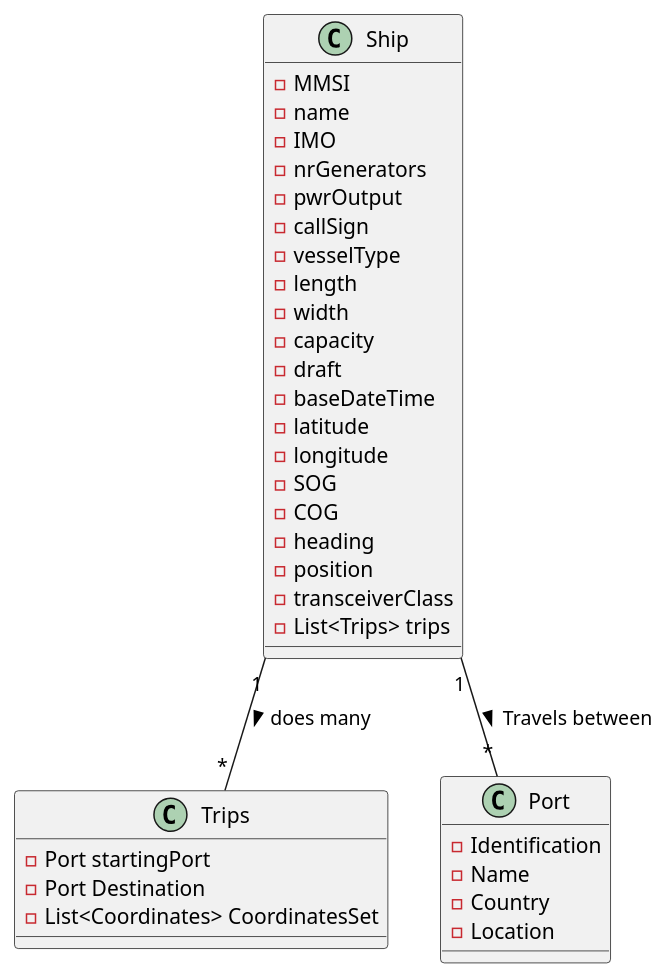
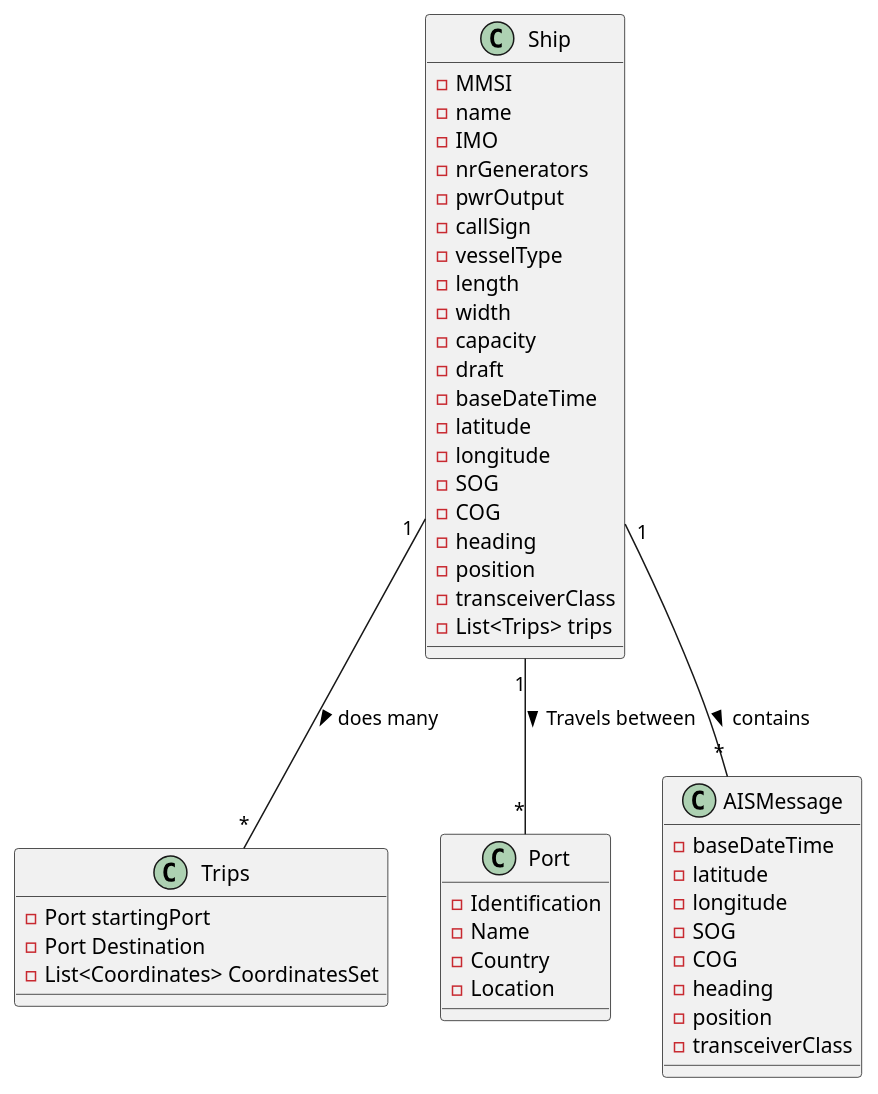
One commit to mpoboas/lapr3-2021-g102 changed the diagram in docs/Sprint1/US106/DM.puml. Above: the diagram before and after it, drawn with PlantUML. The commit also changed 5 other files, not shown here.

```diff
--- a/docs/Sprint1/US106/DM.puml
+++ b/docs/Sprint1/US106/DM.puml
@@ -1,39 +1,52 @@
 @startuml
 class Ship {
 -MMSI
 -name
 -IMO
 -nrGenerators
 -pwrOutput
 -callSign
 -vesselType
 -length
 -width
 -capacity
 -draft
 -baseDateTime
 -latitude
 -longitude
 -SOG
 -COG
 -heading
 -position
 -transceiverClass
 -List<Trips> trips
 }
 class Trips{
 -Port startingPort
 -Port Destination
 -List<Coordinates> CoordinatesSet
 }
 class Port{
 -Identification
 -Name
 -Country
 -Location
 }
+class AISMessage{
+-baseDateTime
+-latitude
+-longitude
+-SOG
+-COG
+-heading
+-position
+-transceiverClass
+}
+
 Ship "1" -- "*" Port : Travels between >
 Ship "1" -- "*" Trips : does many >
+Ship "1" -- "*" AISMessage : contains >
+
 
 
 @enduml
```
